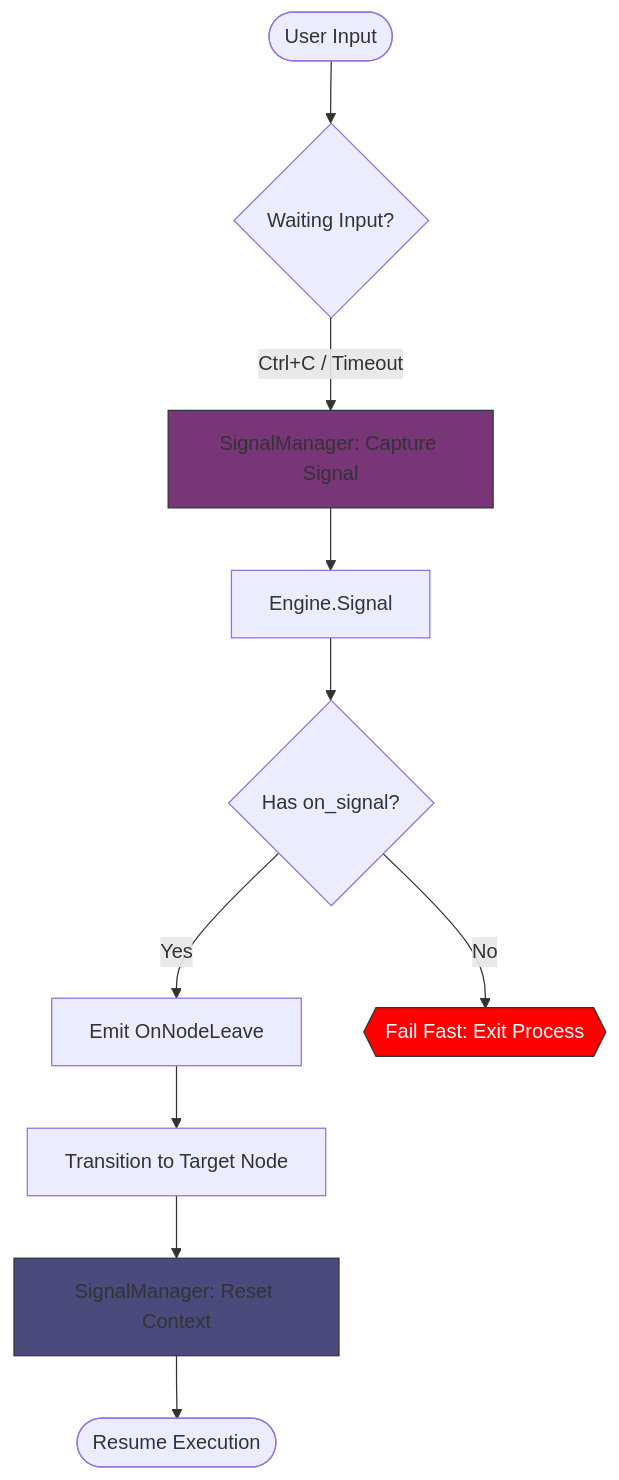
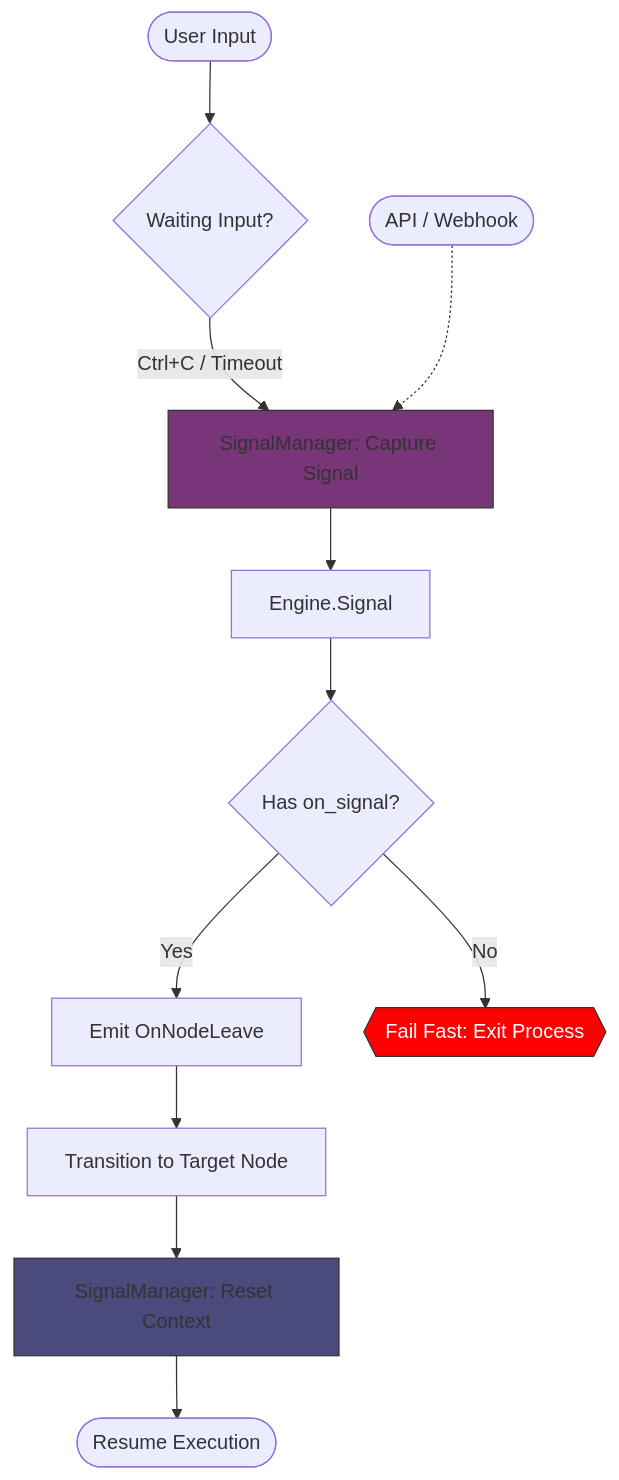
Before and after one commit to aretw0/trellis: the seventh of 9 diagrams in docs/TECHNICAL.md, drawn with Mermaid. The commit also changed other lines of this file and 1 other file, not shown here.

Commit message:
docs: update technical reference with signal architecture and lifecycle

````diff
--- a/docs/TECHNICAL.md
+++ b/docs/TECHNICAL.md
@@ -504,19 +505,20 @@
 ```mermaid
 flowchart TD
     Start([User Input]) --> Wait{Waiting Input?}
     Wait -- Ctrl+C / Timeout --> Sig[SignalManager: Capture Signal]
+    InputAPI([API / Webhook]) -.-> Sig
     Sig --> Engine[Engine.Signal]
     
     Engine --> Handled{Has on_signal?}
     Handled -- Yes --> Leave[Emit OnNodeLeave]
     Leave --> Transition[Transition to Target Node]
     
     Transition --> Reset[SignalManager: Reset Context]
     Reset --> Resume([Resume Execution])
     
     Handled -- No --> Exit{{Fail Fast: Exit Process}}
     
     style Sig fill:#783578,stroke:#333
     style Reset fill:#4a4a7d,stroke:#333
     style Exit fill:#f00,stroke:#333,color:#fff
 ```
````
